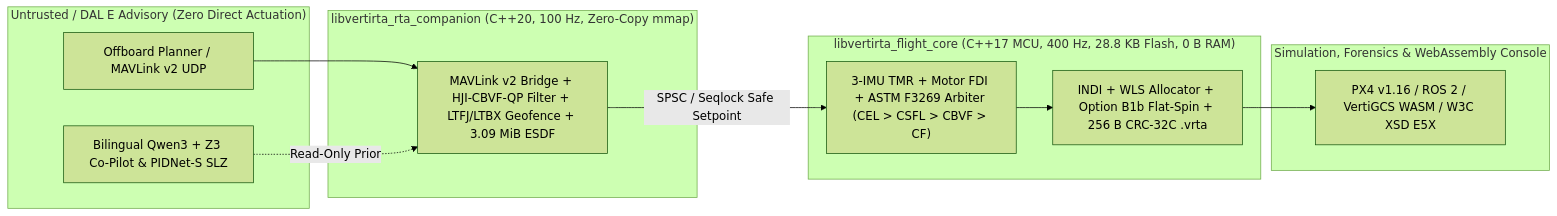
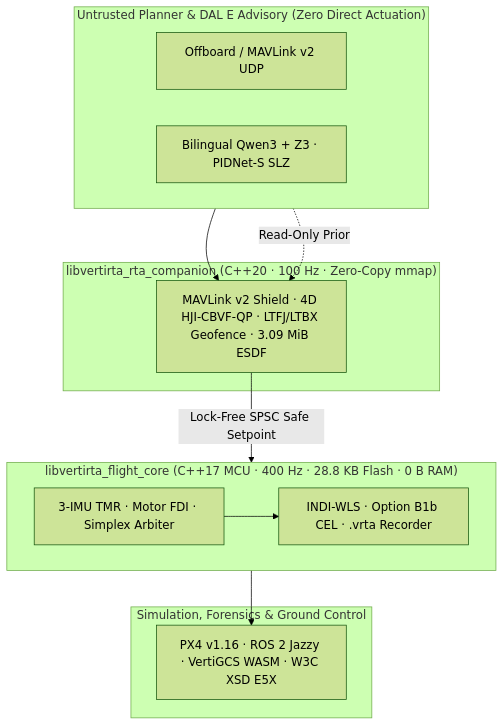
The diagram in README.md (fahrifurkansagir/VertiRTA), drawn with Mermaid (forest theme) before and after one commit. The commit also changed other lines of this file and 1 other file, not shown here.

Commit message:
docs(readme): clean visual layout, 1-row Shields badges, vertical Mermaid, real dir links & 81s live walkthrough

````diff
--- a/README.md
+++ b/README.md
@@ -78,25 +96,28 @@
 ```mermaid
-flowchart LR
-  subgraph Untrusted["Untrusted / DAL E Advisory (Zero Direct Actuation)"]
-    CF["Offboard Planner / MAVLink v2 UDP"]
-    AI["Bilingual Qwen3 + Z3 Co-Pilot & PIDNet-S SLZ"]
+flowchart TB
+  subgraph Advisory["Untrusted Planner & DAL E Advisory (Zero Direct Actuation)"]
+    direction LR
+    CF["Offboard / MAVLink v2 UDP"]
+    AI["Bilingual Qwen3 + Z3 · PIDNet-S SLZ"]
   end
 
-  subgraph RTA["libvertirta_rta_companion (C++20, 100 Hz, Zero-Copy mmap)"]
-    SHIELD["MAVLink v2 Bridge + HJI-CBVF-QP Filter + LTFJ/LTBX Geofence + 3.09 MiB ESDF"]
+  subgraph Companion["libvertirta_rta_companion (C++20 · 100 Hz · Zero-Copy mmap)"]
+    SHIELD["MAVLink v2 Shield · 4D HJI-CBVF-QP · LTFJ/LTBX Geofence · 3.09 MiB ESDF"]
   end
 
-  subgraph Core["libvertirta_flight_core (C++17 MCU, 400 Hz, 28.8 KB Flash, 0 B RAM)"]
-    ARB["3-IMU TMR + Motor FDI + ASTM F3269 Arbiter (CEL > CSFL > CBVF > CF)"]
-    INDI["INDI + WLS Allocator + Option B1b Flat-Spin + 256 B CRC-32C .vrta"]
+  subgraph Core["libvertirta_flight_core (C++17 MCU · 400 Hz · 28.8 KB Flash · 0 B RAM)"]
+    direction LR
+    ARB["3-IMU TMR · Motor FDI · Simplex Arbiter"]
+    INDI["INDI-WLS · Option B1b CEL · .vrta Recorder"]
+    ARB --> INDI
   end
 
-  subgraph Outputs["Simulation, Forensics & WebAssembly Console"]
-    OUT["PX4 v1.16 / ROS 2 / VertiGCS WASM / W3C XSD E5X"]
+  subgraph Interfaces["Simulation, Forensics & Ground Control"]
+    OUT["PX4 v1.16 · ROS 2 Jazzy · VertiGCS WASM · W3C XSD E5X"]
   end
 
   CF --> SHIELD
   AI -. "Read-Only Prior" .-> SHIELD
-  SHIELD -->|"SPSC / Seqlock Safe Setpoint"| ARB
-  ARB --> INDI --> OUT
+  SHIELD -->|"Lock-Free SPSC Safe Setpoint"| Core
+  Core --> OUT
 ```
````
